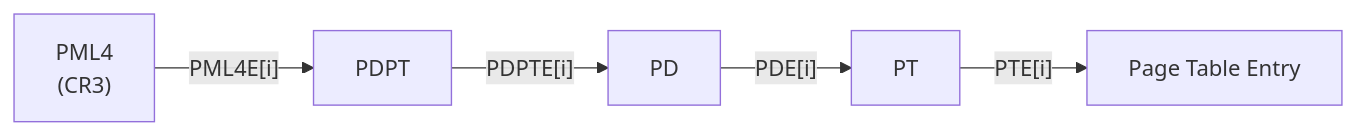
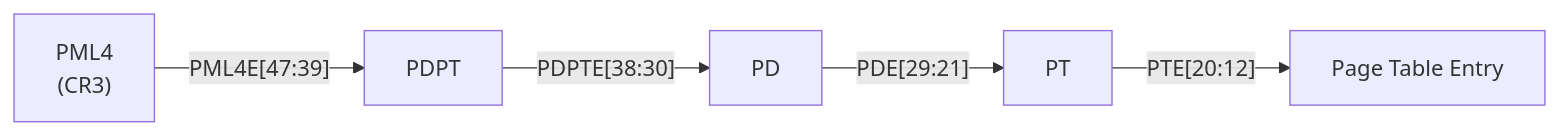
The fifth of 8 diagrams in Docs/Domains/memory-management-guide.md (KitsuneBSD/FKernel), drawn with Mermaid before and after one commit. The commit also changed other lines of this file and 15 other files, not shown here.

Commit message:
docs: update TODO.md and architecture documentation for session 12

````diff
--- a/Docs/Domains/memory-management-guide.md
+++ b/Docs/Domains/memory-management-guide.md
@@ -144,13 +172,13 @@
 ```mermaid
 flowchart LR
     PML4["PML4<br/>(CR3)"]
     PDPT["PDPT"]
     PD["PD"]
     PT["PT"]
     PTE["Page Table Entry"]
 
-    PML4 -->|"PML4E[i]"| PDPT
-    PDPT -->|"PDPTE[i]"| PD
-    PD -->|"PDE[i]"| PT
-    PT -->|"PTE[i]"| PTE
+    PML4 -->|"PML4E[47:39]"| PDPT
+    PDPT -->|"PDPTE[38:30]"| PD
+    PD -->|"PDE[29:21]"| PT
+    PT -->|"PTE[20:12]"| PTE
 ```
````
